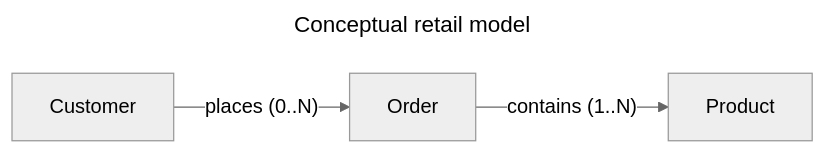
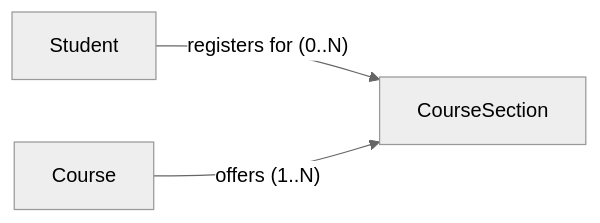
Before and after one commit to VineethChivukula/dedocs: the second of 3 diagrams in content/modeling/data-modeling-fundamentals.md, drawn with Mermaid (neutral theme). The commit also changed other lines of this file and 26 other files, not shown here.

````diff
--- a/content/modeling/data-modeling-fundamentals.md
+++ b/content/modeling/data-modeling-fundamentals.md
@@ -127,12 +131,9 @@
 ```mermaid
----
-title: Conceptual retail model
----
 flowchart LR
-    Customer[Customer]
-    Order[Order]
-    Product[Product]
+    Student[Student]
+    Section[CourseSection]
+    Course[Course]
 
-    Customer -->|"places (0..N)"| Order
-    Order -->|"contains (1..N)"| Product
+    Student -->|"registers for (0..N)"| Section
+    Course -->|"offers (1..N)"| Section
 ```
````
